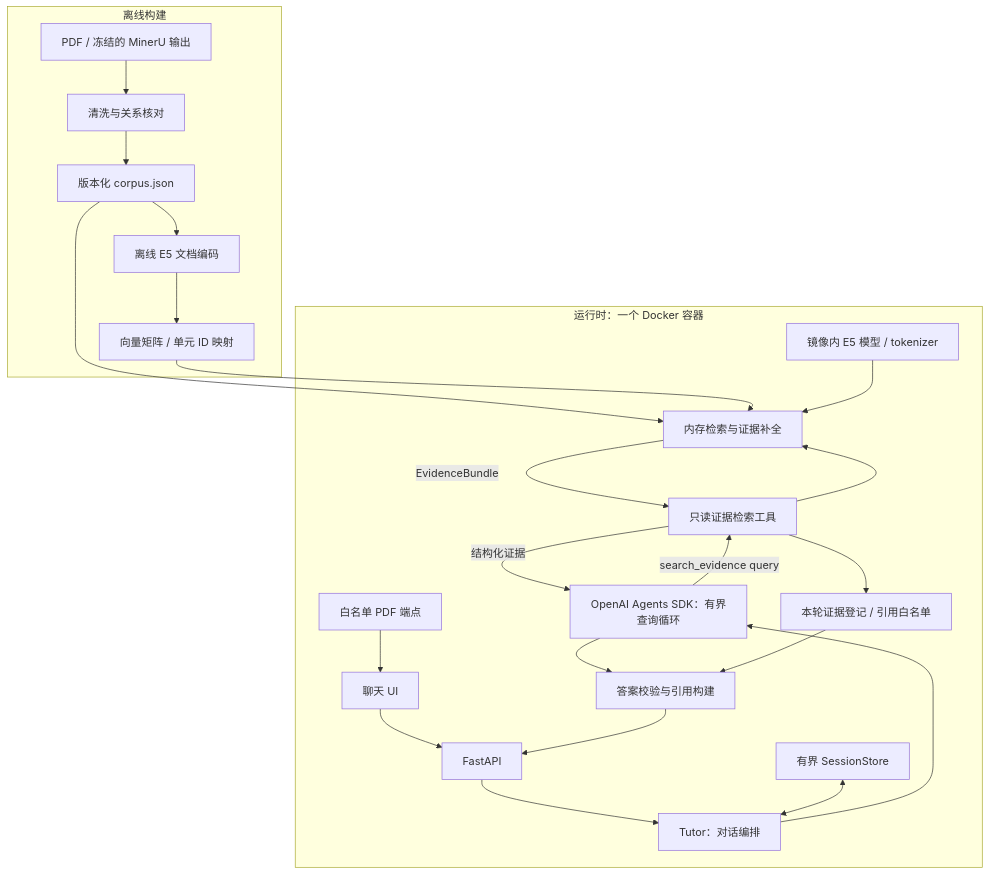
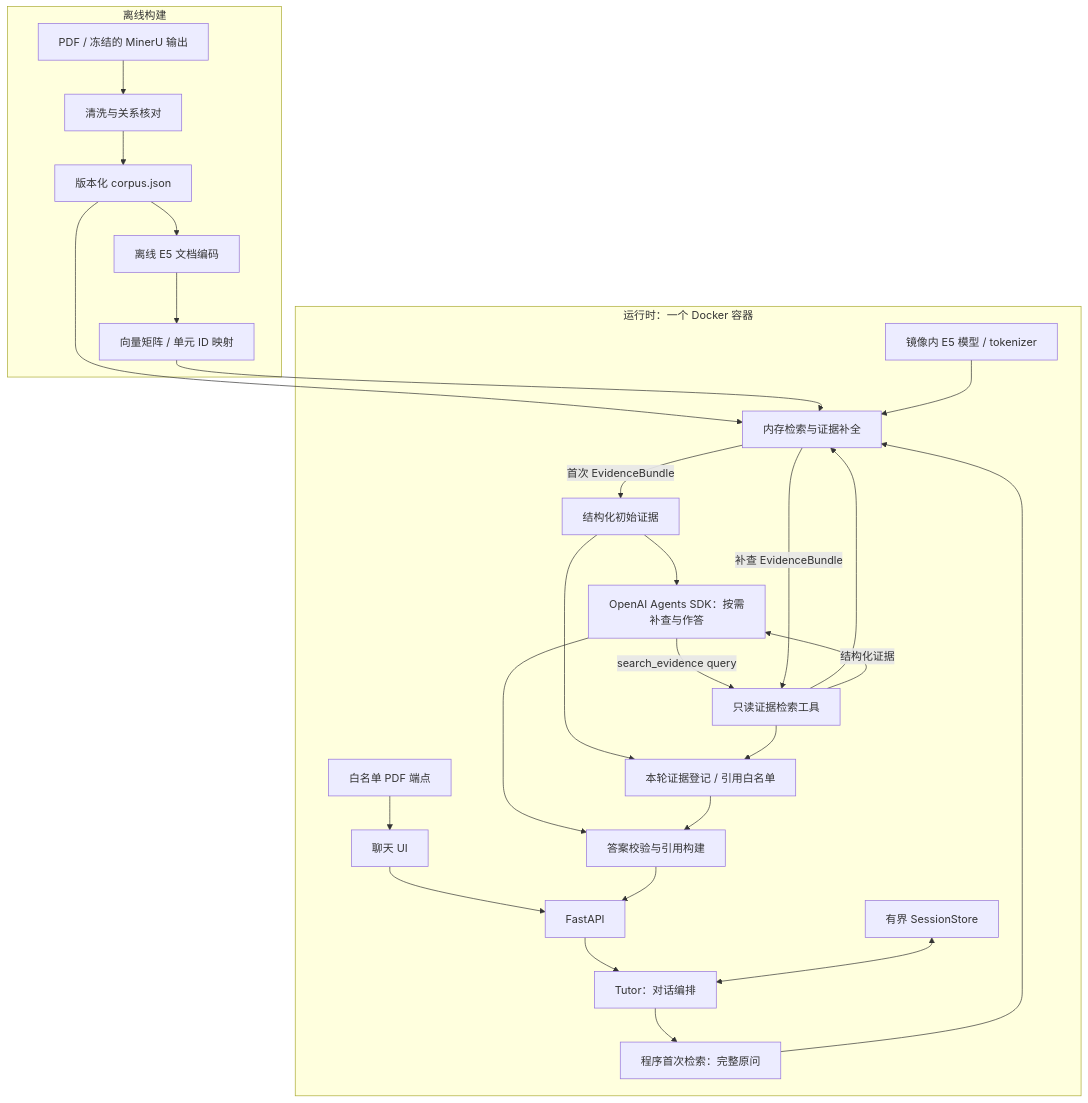
One commit to user-w-ui/InsureTutor-Demo changed the diagram in docs/architecture.zh-CN.md. Above: the diagram before and after it, drawn with Mermaid. The commit also changed other lines of this file and 5 other files, not shown here.

First line of the commit message:
Guarantee initial retrieval before agent supplementary searches

````diff
--- a/docs/architecture.zh-CN.md
+++ b/docs/architecture.zh-CN.md
@@ -12,27 +12,31 @@
 ```mermaid
 flowchart TD
     subgraph Offline[离线构建]
         Raw[PDF / 冻结的 MinerU 输出] --> Clean[清洗与关系核对]
         Clean --> Corpus[版本化 corpus.json]
         Corpus --> Encode[离线 E5 文档编码]
         Encode --> Vectors[向量矩阵 / 单元 ID 映射]
     end
     subgraph Runtime[运行时：一个 Docker 容器]
         UI[聊天 UI] --> API[FastAPI]
         API --> Tutor[Tutor：对话编排]
         Session[有界 SessionStore] <--> Tutor
         Corpus --> Retrieval[内存检索与证据补全]
         Vectors --> Retrieval
         Model[镜像内 E5 模型 / tokenizer] --> Retrieval
-        Tutor --> Agent[OpenAI Agents SDK：有界查询循环]
+        Tutor --> First[程序首次检索：完整原问]
+        First --> Retrieval
+        Retrieval -->|首次 EvidenceBundle| Initial[结构化初始证据]
+        Initial --> Agent[OpenAI Agents SDK：按需补查与作答]
+        Initial --> Registry[本轮证据登记 / 引用白名单]
         Agent -->|search_evidence query| Tool[只读证据检索工具]
         Tool --> Retrieval
-        Retrieval -->|EvidenceBundle| Tool
+        Retrieval -->|补查 EvidenceBundle| Tool
         Tool -->|结构化证据| Agent
-        Tool --> Registry[本轮证据登记 / 引用白名单]
+        Tool --> Registry
         Agent --> Validate[答案校验与引用构建]
         Registry --> Validate
         Validate --> API
         PDF[白名单 PDF 端点] --> UI
     end
 ```
````
